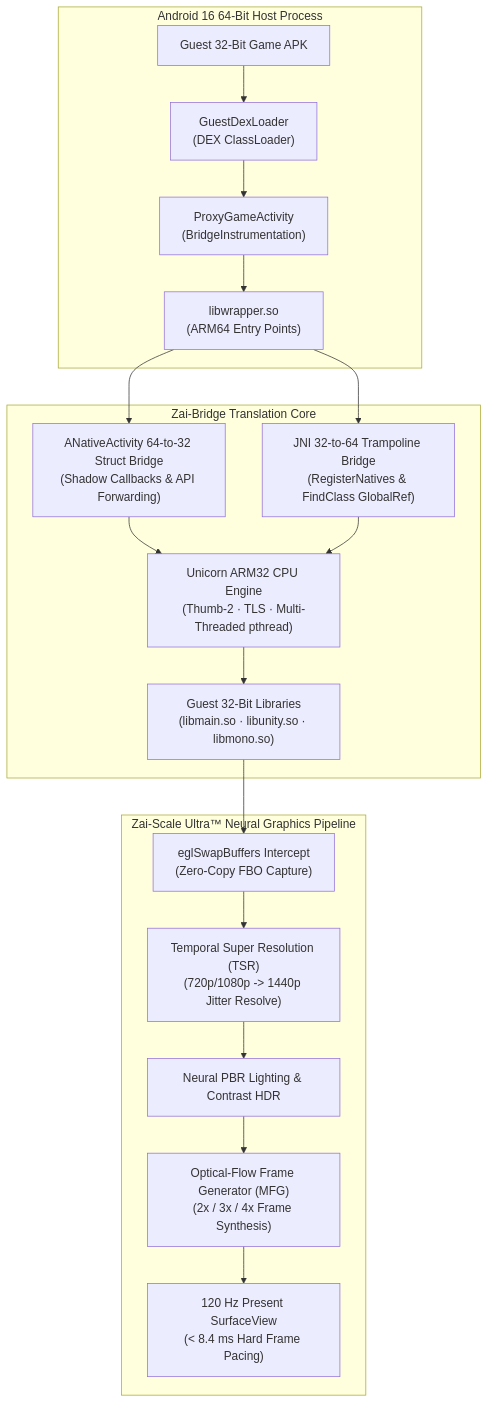
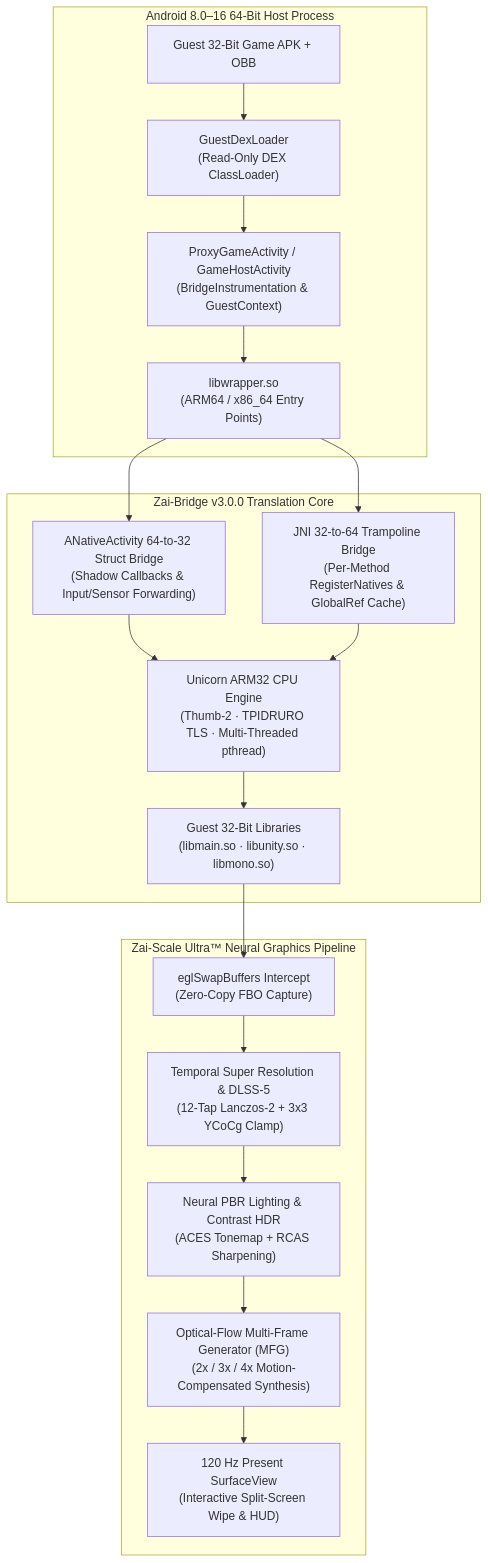
The diagram in README.md (mohdziauddin2006-cloud/zai-bridge), drawn with Mermaid before and after one commit. The commit also changed other lines of this file and 15 other files, not shown here.

````diff
--- a/README.md
+++ b/README.md
@@ -96,24 +50,24 @@
 ```mermaid
 flowchart TD
-    subgraph Host ["Android 16 64-Bit Host Process"]
-        A["Guest 32-Bit Game APK"] --> B["GuestDexLoader<br/>(DEX ClassLoader)"]
-        B --> C["ProxyGameActivity<br/>(BridgeInstrumentation)"]
-        C --> D["libwrapper.so<br/>(ARM64 Entry Points)"]
+    subgraph Host ["Android 8.0–16 64-Bit Host Process"]
+        A["Guest 32-Bit Game APK + OBB"] --> B["GuestDexLoader<br/>(Read-Only DEX ClassLoader)"]
+        B --> C["ProxyGameActivity / GameHostActivity<br/>(BridgeInstrumentation & GuestContext)"]
+        C --> D["libwrapper.so<br/>(ARM64 / x86_64 Entry Points)"]
     end
 
-    subgraph Core ["Zai-Bridge Translation Core"]
-        D --> E["ANativeActivity 64-to-32 Struct Bridge<br/>(Shadow Callbacks & API Forwarding)"]
-        D --> F["JNI 32-to-64 Trampoline Bridge<br/>(RegisterNatives & FindClass GlobalRef)"]
-        E --> G["Unicorn ARM32 CPU Engine<br/>(Thumb-2 · TLS · Multi-Threaded pthread)"]
+    subgraph Core ["Zai-Bridge v3.0.0 Translation Core"]
+        D --> E["ANativeActivity 64-to-32 Struct Bridge<br/>(Shadow Callbacks & Input/Sensor Forwarding)"]
+        D --> F["JNI 32-to-64 Trampoline Bridge<br/>(Per-Method RegisterNatives & GlobalRef Cache)"]
+        E --> G["Unicorn ARM32 CPU Engine<br/>(Thumb-2 · TPIDRURO TLS · Multi-Threaded pthread)"]
         F --> G
         G --> H["Guest 32-Bit Libraries<br/>(libmain.so · libunity.so · libmono.so)"]
     end
 
     subgraph Graphics ["Zai-Scale Ultra™ Neural Graphics Pipeline"]
         H --> I["eglSwapBuffers Intercept<br/>(Zero-Copy FBO Capture)"]
-        I --> J["Temporal Super Resolution (TSR)<br/>(720p/1080p -> 1440p Jitter Resolve)"]
-        J --> K["Neural PBR Lighting & Contrast HDR"]
-        K --> L["Optical-Flow Frame Generator (MFG)<br/>(2x / 3x / 4x Frame Synthesis)"]
-        L --> M["120 Hz Present SurfaceView<br/>(&lt; 8.4 ms Hard Frame Pacing)"]
+        I --> J["Temporal Super Resolution & DLSS-5<br/>(12-Tap Lanczos-2 + 3x3 YCoCg Clamp)"]
+        J --> K["Neural PBR Lighting & Contrast HDR<br/>(ACES Tonemap + RCAS Sharpening)"]
+        K --> L["Optical-Flow Multi-Frame Generator (MFG)<br/>(2x / 3x / 4x Motion-Compensated Synthesis)"]
+        L --> M["120 Hz Present SurfaceView<br/>(Interactive Split-Screen Wipe & HUD)"]
     end
 ```
````
